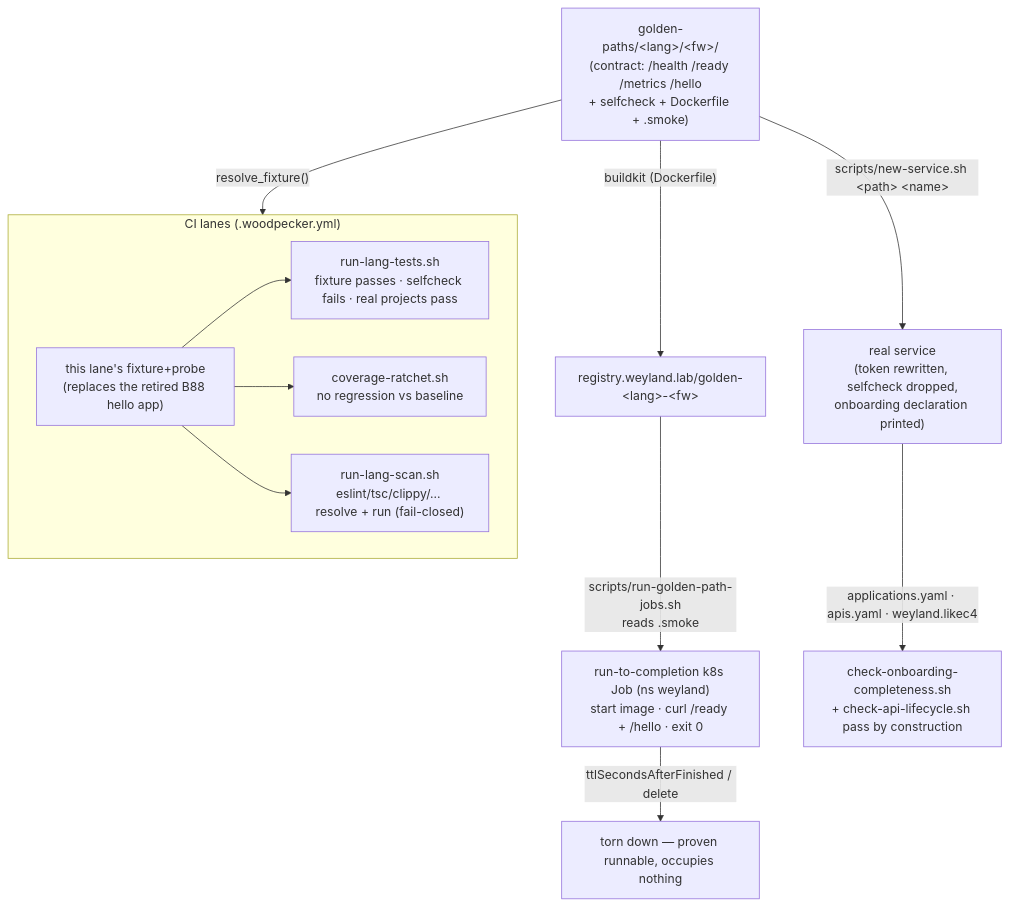
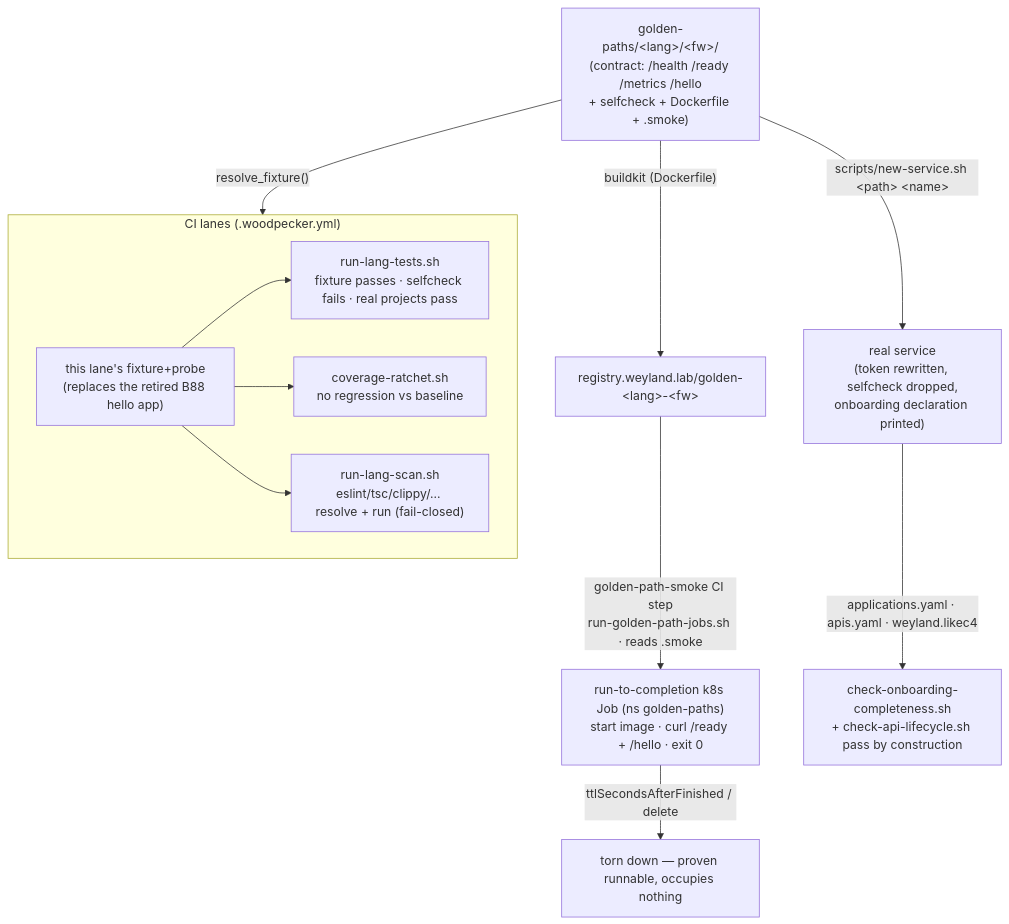
The diagram in docs/design/golden-paths.md (edtbl76/weyland-lab), drawn with Mermaid before and after one commit. The commit also changed other lines of this file and 5 other files, not shown here.

First line of the commit message:
Add RBAC for ephemeral golden-path Jobs

````diff
--- a/docs/design/golden-paths.md
+++ b/docs/design/golden-paths.md
@@ -48,20 +48,20 @@
 ```mermaid
 flowchart TD
     GP["golden-paths/&lt;lang&gt;/&lt;fw&gt;/<br/>(contract: /health /ready /metrics /hello<br/>+ selfcheck + Dockerfile + .smoke)"]
 
     GP -->|"scripts/new-service.sh &lt;path&gt; &lt;name&gt;"| SVC["real service<br/>(token rewritten, selfcheck dropped,<br/>onboarding declaration printed)"]
     GP -->|"resolve_fixture()"| FIX["this lane's fixture+probe<br/>(replaces the retired B88 hello app)"]
 
     subgraph CI["CI lanes (.woodpecker.yml)"]
         direction LR
         FIX --> T["run-lang-tests.sh<br/>fixture passes · selfcheck fails · real projects pass"]
         FIX --> C["coverage-ratchet.sh<br/>no regression vs baseline"]
         FIX --> S["run-lang-scan.sh<br/>eslint/tsc/clippy/… resolve + run (fail-closed)"]
     end
 
     GP -->|"buildkit (Dockerfile)"| IMG["registry.weyland.lab/golden-&lt;lang&gt;-&lt;fw&gt;"]
-    IMG -->|"scripts/run-golden-path-jobs.sh<br/>reads .smoke"| JOB["run-to-completion k8s Job (ns weyland)<br/>start image · curl /ready + /hello · exit 0"]
+    IMG -->|"golden-path-smoke CI step<br/>run-golden-path-jobs.sh · reads .smoke"| JOB["run-to-completion k8s Job (ns golden-paths)<br/>start image · curl /ready + /hello · exit 0"]
     JOB -->|"ttlSecondsAfterFinished / delete"| GONE["torn down — proven runnable, occupies nothing"]
 
     SVC -->|"applications.yaml · apis.yaml · weyland.likec4"| ONB["check-onboarding-completeness.sh<br/>+ check-api-lifecycle.sh pass by construction"]
 ```
````
